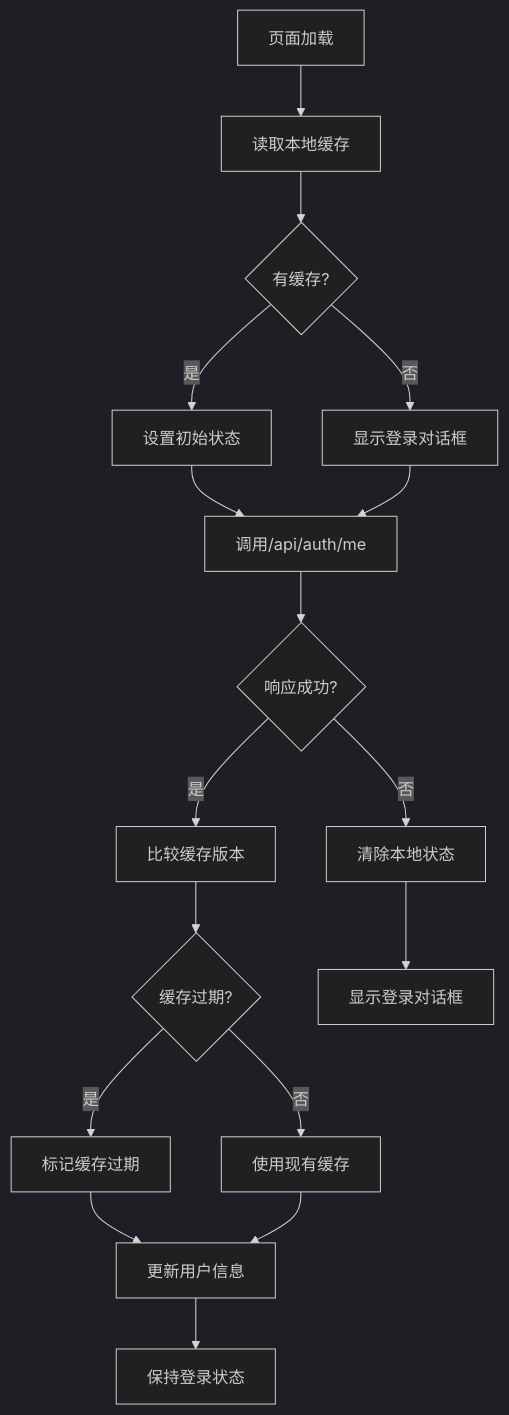
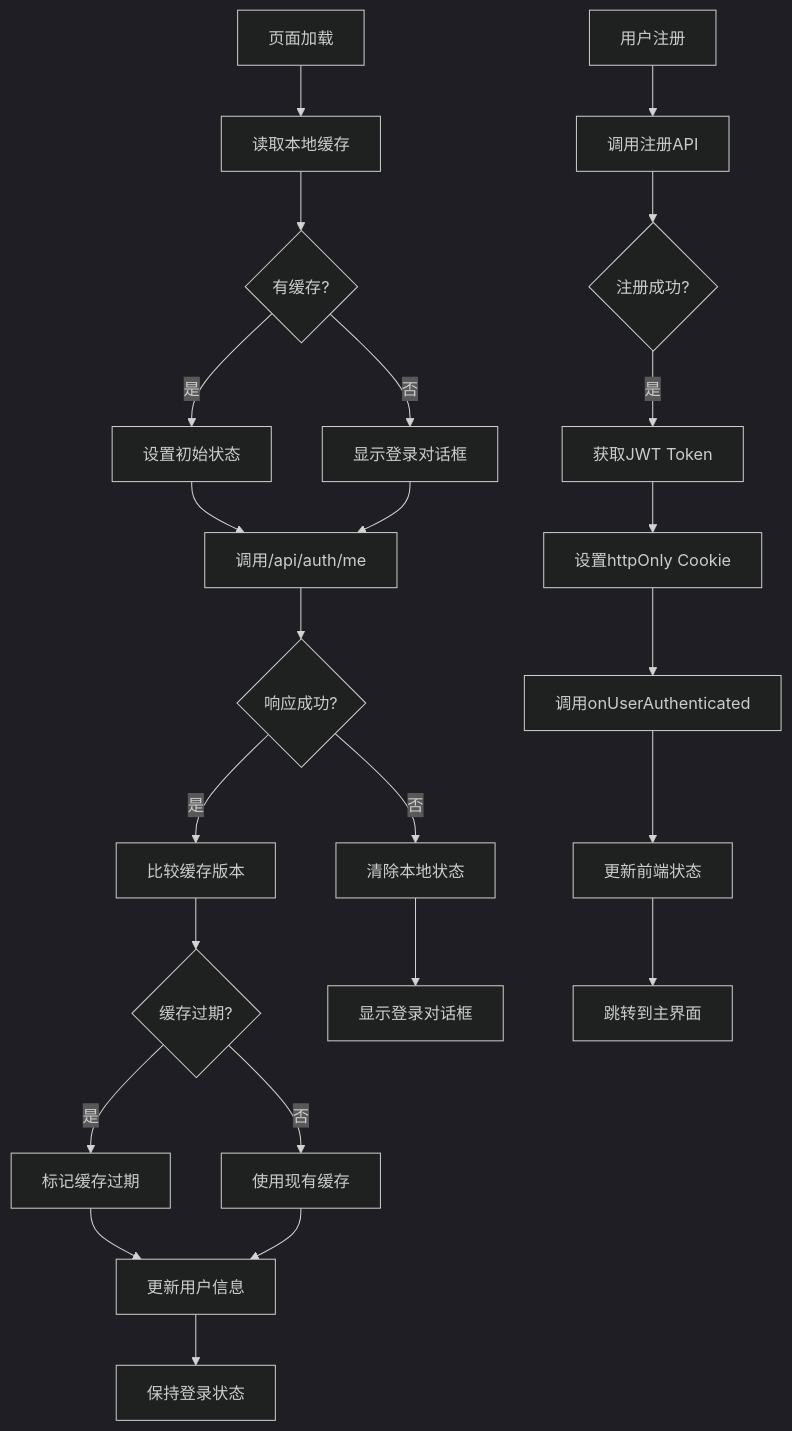
Before and after one commit to arthurlee116/english-listening-trainer: the seventh of 8 diagrams in .qoder/repowiki/zh/content/认证与会话管理.md, drawn with Mermaid (dark theme). The commit also changed other lines of this file and 58 other files, not shown here.

````diff
--- a/.qoder/repowiki/zh/content/认证与会话管理.md
+++ b/.qoder/repowiki/zh/content/认证与会话管理.md
@@ -189,19 +264,26 @@
 ```mermaid
 flowchart TD
 A[页面加载] --> B[读取本地缓存]
 B --> C{有缓存?}
 C --> |是| D[设置初始状态]
 C --> |否| E[显示登录对话框]
 D --> F[调用/api/auth/me]
 E --> F
 F --> G{响应成功?}
 G --> |是| H[比较缓存版本]
 G --> |否| I[清除本地状态]
 H --> J{缓存过期?}
 J --> |是| K[标记缓存过期]
 J --> |否| L[使用现有缓存]
 K --> M[更新用户信息]
 L --> M
 M --> N[保持登录状态]
 I --> O[显示登录对话框]
+P[用户注册] --> Q[调用注册API]
+Q --> R{注册成功?}
+R --> |是| S[获取JWT Token]
+S --> T[设置httpOnly Cookie]
+T --> U[调用onUserAuthenticated]
+U --> V[更新前端状态]
+V --> W[跳转到主界面]
 ```
````
